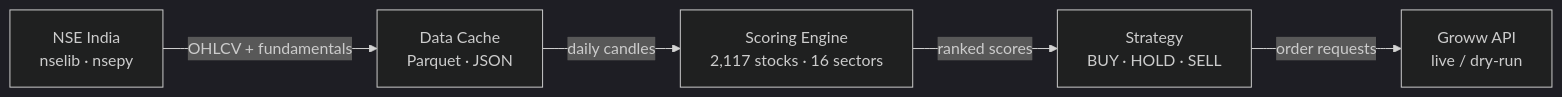
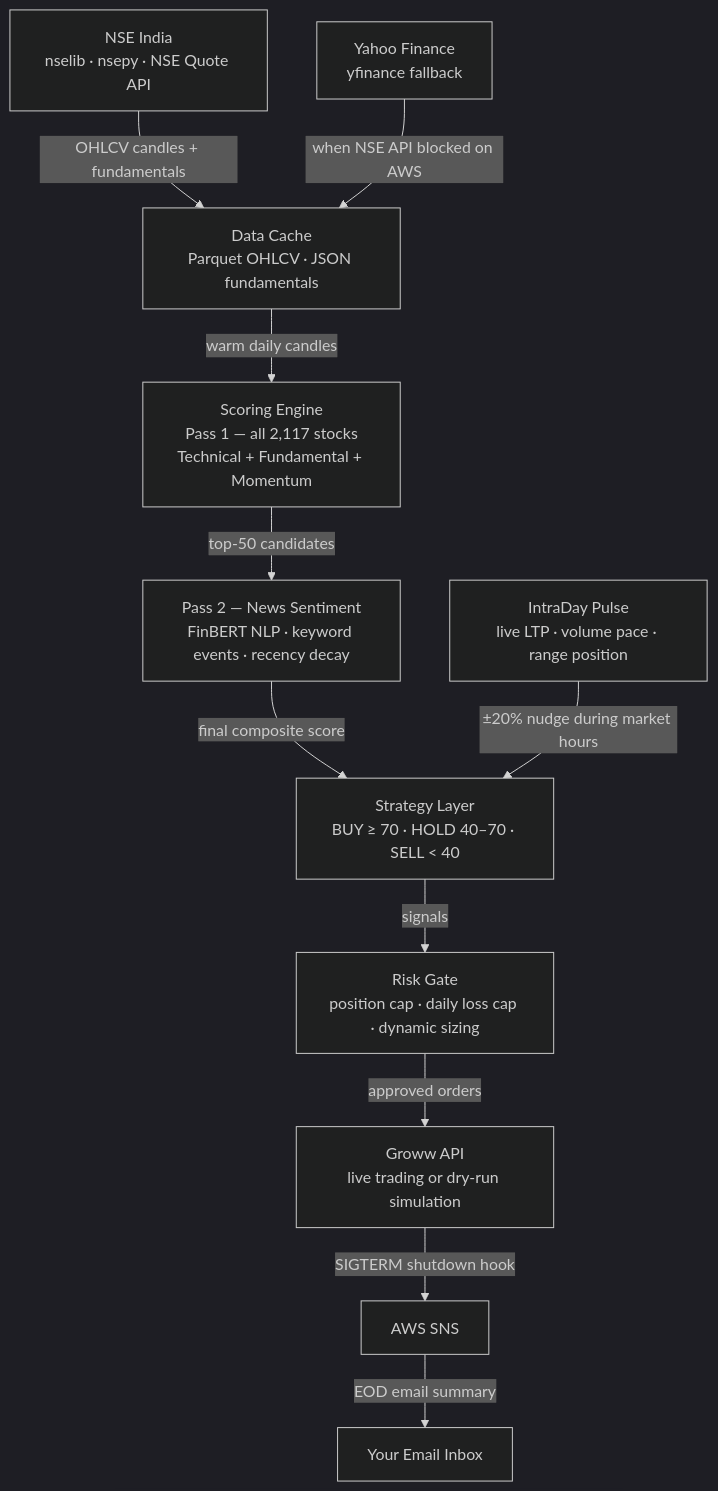
The first of 4 diagrams in README.md (BitanSarkar/TradingBot), drawn with Mermaid (dark theme) before and after one commit. The commit also changed other lines of this file, not shown here.

````diff
--- a/README.md
+++ b/README.md
@@ -26,8 +38,14 @@
 ```mermaid
-graph LR
-    A["NSE India\nnselib · nsepy"] -->|OHLCV + fundamentals| B
-    B["Data Cache\nParquet · JSON"] -->|daily candles| C
-    C["Scoring Engine\n2,117 stocks · 16 sectors"] -->|ranked scores| D
-    D["Strategy\nBUY · HOLD · SELL"] -->|order requests| E
-    E["Groww API\nlive / dry-run"]
+graph TD
+    A["NSE India\nnselib · nsepy · NSE Quote API"] -->|OHLCV candles + fundamentals| B
+    YF["Yahoo Finance\nyfinance fallback"] -->|when NSE API blocked on AWS| B
+    B["Data Cache\nParquet OHLCV · JSON fundamentals"] -->|warm daily candles| C
+    C["Scoring Engine\nPass 1 — all 2,117 stocks\nTechnical + Fundamental + Momentum"] -->|top-50 candidates| D
+    D["Pass 2 — News Sentiment\nFinBERT NLP · keyword events · recency decay"] -->|final composite score| E
+    E["Strategy Layer\nBUY ≥ 70 · HOLD 40–70 · SELL < 40"] -->|signals| F
+    F["Risk Gate\nposition cap · daily loss cap · dynamic sizing"] -->|approved orders| G
+    G["Groww API\nlive trading or dry-run simulation"]
+    H["IntraDay Pulse\nlive LTP · volume pace · range position"] -->|±20% nudge during market hours| E
+    I["AWS SNS"] -->|EOD email summary| J["Your Email Inbox"]
+    G -->|SIGTERM shutdown hook| I
 ```
````
